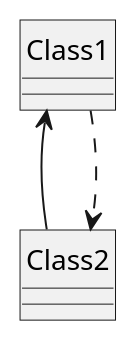
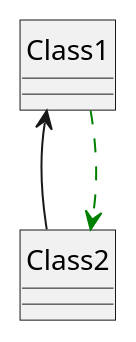
The diagram in uml/classDiagrams/dependencies/what/images/correctDependencyWithAssociation.puml (se-edu/se-book), drawn with PlantUML before and after one commit. The commit also changed 3 other files, not shown here.

```diff
--- a/uml/classDiagrams/dependencies/what/images/correctDependencyWithAssociation.puml
+++ b/uml/classDiagrams/dependencies/what/images/correctDependencyWithAssociation.puml
@@ -1,9 +1,9 @@
 @startuml
 skinparam classAttributeIconSize 0
 skinparam roundCorner 0
 skinparam backgroundcolor transparent
 skinparam shadowing false
 hide circle
 Class1 <-- Class2
-Class1 ..> Class2
+Class1 .[#green].> Class2
 @enduml
```
